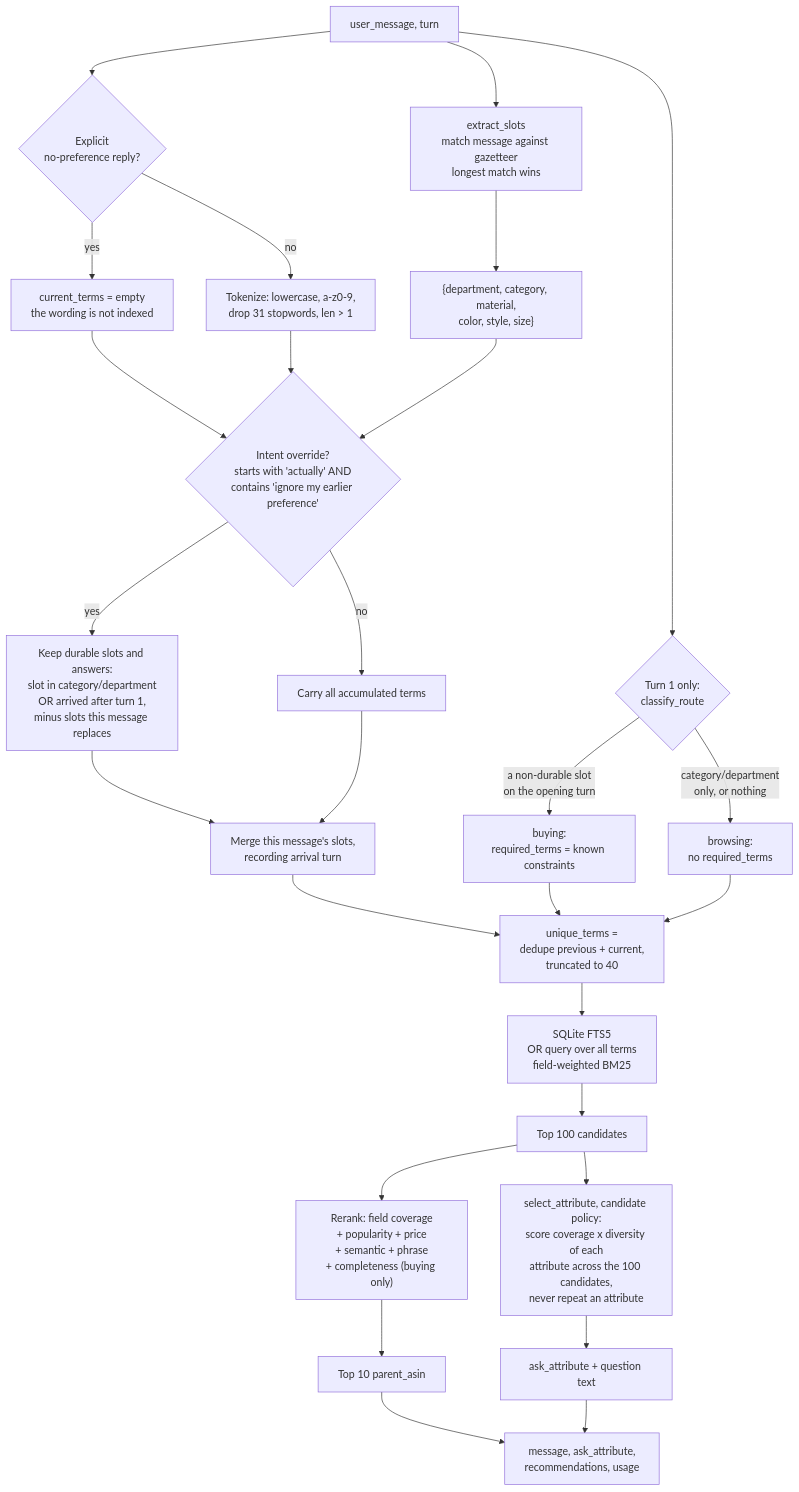
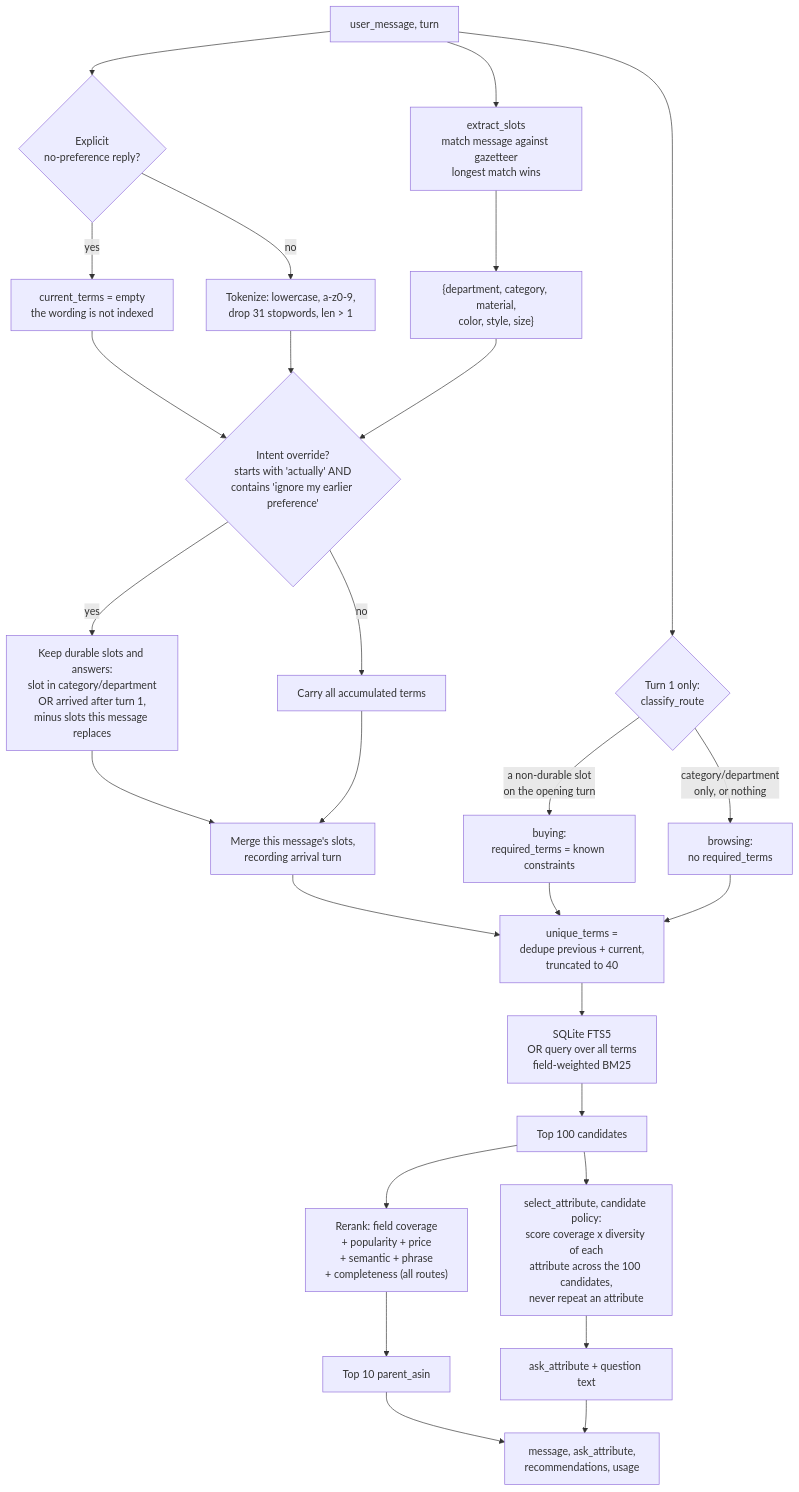
Before and after one commit to CHAN1203/TechJam-Conversational-Search: the first of 4 diagrams in docs/ARCHITECTURE.md, drawn with Mermaid. The commit also changed other lines of this file and 4 other files, not shown here.

````diff
--- a/docs/ARCHITECTURE.md
+++ b/docs/ARCHITECTURE.md
@@ -21,39 +21,39 @@
 ```mermaid
 flowchart TD
     IN["user_message, turn"] --> NEG{"Explicit<br/>no-preference reply?"}
 
     NEG -->|yes| EMPTY["current_terms = empty<br/>the wording is not indexed"]
     NEG -->|no| TOK["Tokenize: lowercase, a-z0-9,<br/>drop 31 stopwords, len &gt; 1"]
 
     IN --> SLOT["extract_slots<br/>match message against gazetteer<br/>longest match wins"]
     SLOT --> SLOTOUT["{department, category, material,<br/>color, style, size}"]
 
     EMPTY --> OV
     TOK --> OV
     SLOTOUT --> OV
 
     OV{"Intent override?<br/>starts with 'actually' AND<br/>contains 'ignore my earlier preference'"}
     OV -->|yes| KEEP["Keep durable slots and answers:<br/>slot in category/department<br/>OR arrived after turn 1,<br/>minus slots this message replaces"]
     OV -->|no| CARRY["Carry all accumulated terms"]
 
     KEEP --> MERGE
     CARRY --> MERGE
     MERGE["Merge this message's slots,<br/>recording arrival turn"] --> CAP["unique_terms =<br/>dedupe previous + current,<br/>truncated to 40"]
 
     IN --> ROUTE{"Turn 1 only:<br/>classify_route"}
     ROUTE -->|"a non-durable slot<br/>on the opening turn"| BUY["buying:<br/>required_terms = known constraints"]
     ROUTE -->|"category/department<br/>only, or nothing"| BROWSE["browsing:<br/>no required_terms"]
     BUY --> CAP
     BROWSE --> CAP
 
     CAP --> BM25["SQLite FTS5<br/>OR query over all terms<br/>field-weighted BM25"]
     BM25 --> POOL["Top 100 candidates"]
-    POOL --> RANK["Rerank: field coverage<br/>+ popularity + price<br/>+ semantic + phrase<br/>+ completeness (buying only)"]
+    POOL --> RANK["Rerank: field coverage<br/>+ popularity + price<br/>+ semantic + phrase<br/>+ completeness (all routes)"]
     RANK --> TOP10["Top 10 parent_asin"]
 
     POOL --> CLAR["select_attribute, candidate policy:<br/>score coverage x diversity of each<br/>attribute across the 100 candidates,<br/>never repeat an attribute"]
     CLAR --> ASK["ask_attribute + question text"]
 
     TOP10 --> OUT["message, ask_attribute,<br/>recommendations, usage"]
     ASK --> OUT
 ```
````
